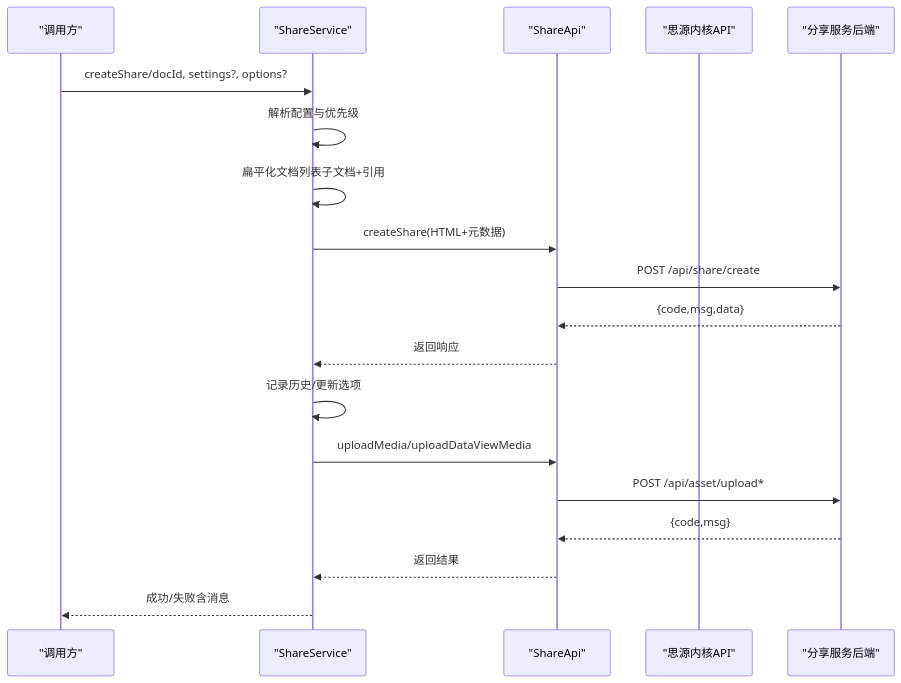
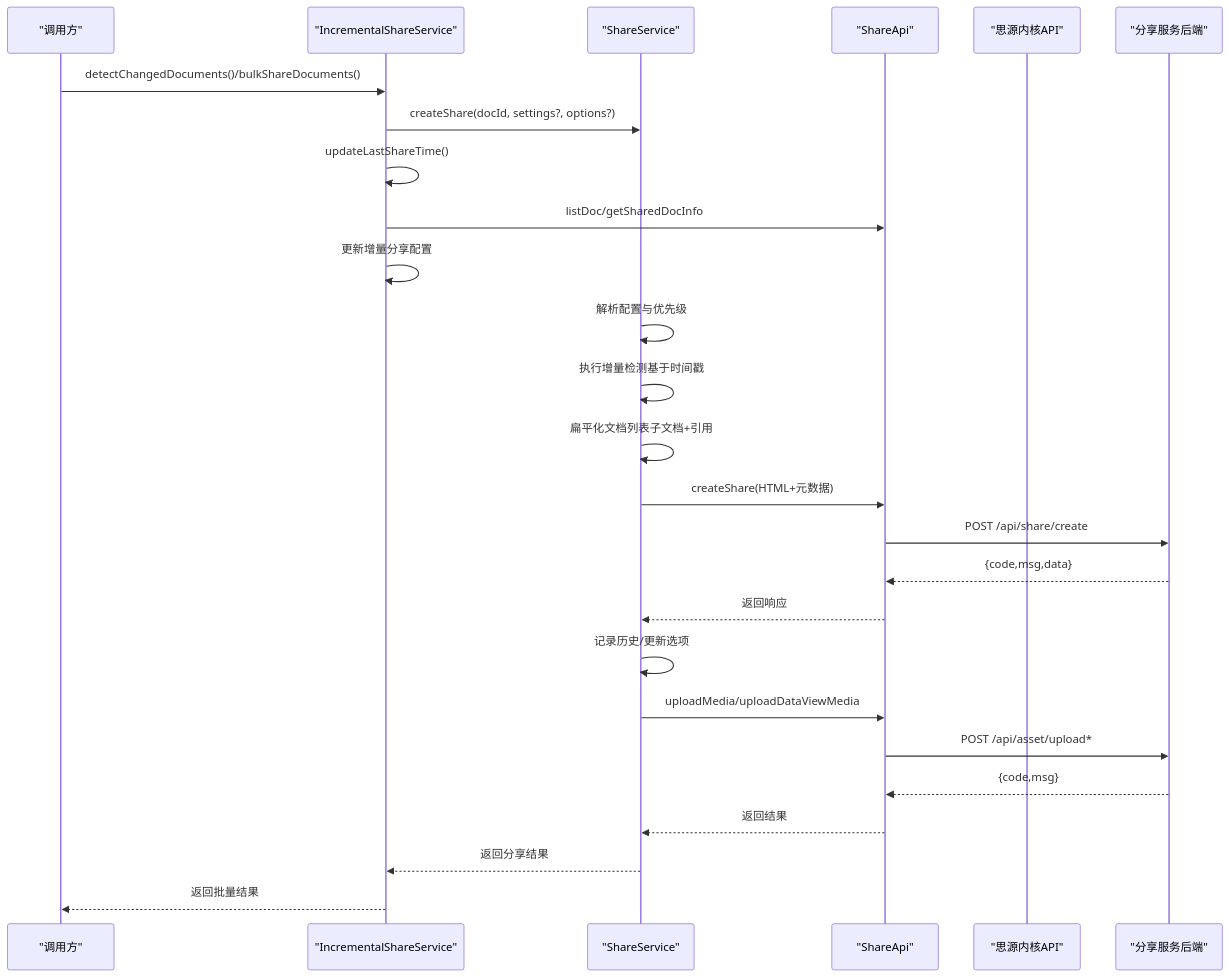
The second of 3 diagrams in .qoder/repowiki/zh/content/架构设计/服务层架构/分享服务 (ShareService).md (terwerinc/siyuan-plugin-share-pro), drawn with Mermaid before and after one commit. The commit also changed other lines of this file and 12 other files, not shown here.

````diff
--- a/.qoder/repowiki/zh/content/架构设计/服务层架构/分享服务 (ShareService).md
+++ b/.qoder/repowiki/zh/content/架构设计/服务层架构/分享服务 (ShareService).md
@@ -128,21 +145,28 @@
 ```mermaid
 sequenceDiagram
 participant Caller as "调用方"
+participant ISS as "IncrementalShareService"
 participant SS as "ShareService"
 participant SA as "ShareApi"
 participant Kernel as "思源内核API"
 participant Svc as "分享服务后端"
-Caller->>SS : createShare/docId, settings?, options?
+Caller->>ISS : detectChangedDocuments()/bulkShareDocuments()
+ISS->>SS : createShare(docId, settings?, options?)
+ISS->>ISS : updateLastShareTime()
+ISS->>SA : listDoc/getSharedDocInfo
+ISS->>ISS : 更新增量分享配置
 SS->>SS : 解析配置与优先级
+SS->>SS : 执行增量检测基于时间戳
 SS->>SS : 扁平化文档列表子文档+引用
 SS->>SA : createShare(HTML+元数据)
 SA->>Svc : POST /api/share/create
 Svc-->>SA : {code,msg,data}
 SA-->>SS : 返回响应
 SS->>SS : 记录历史/更新选项
 SS->>SA : uploadMedia/uploadDataViewMedia
 SA->>Svc : POST /api/asset/upload*
 Svc-->>SA : {code,msg}
 SA-->>SS : 返回结果
-SS-->>Caller : 成功/失败含消息
+SS-->>ISS : 返回分享结果
+ISS-->>Caller : 返回批量结果
 ```
````
